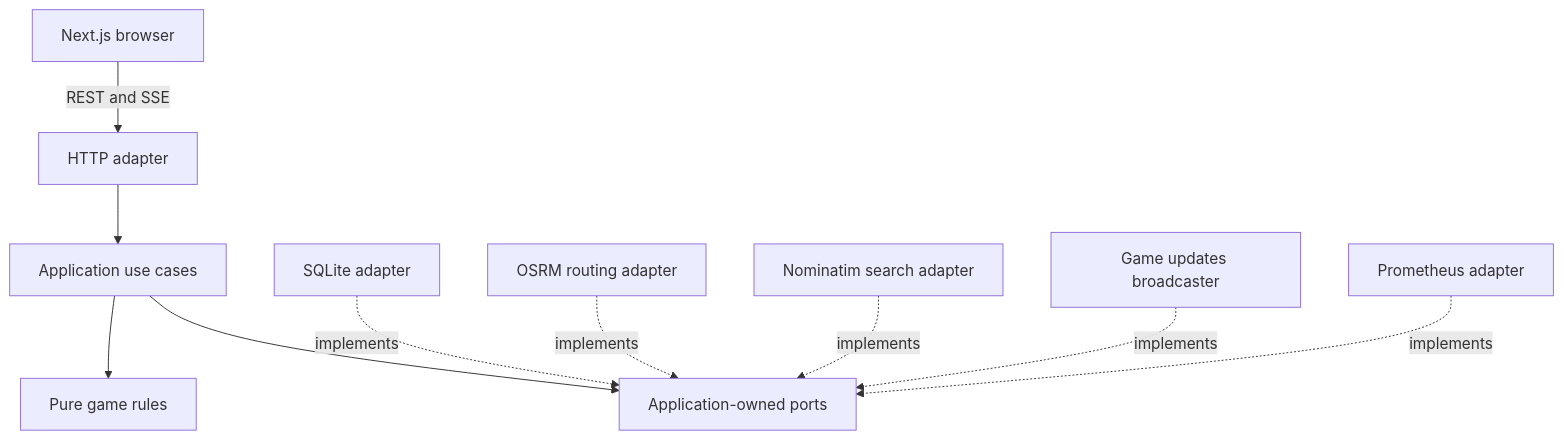
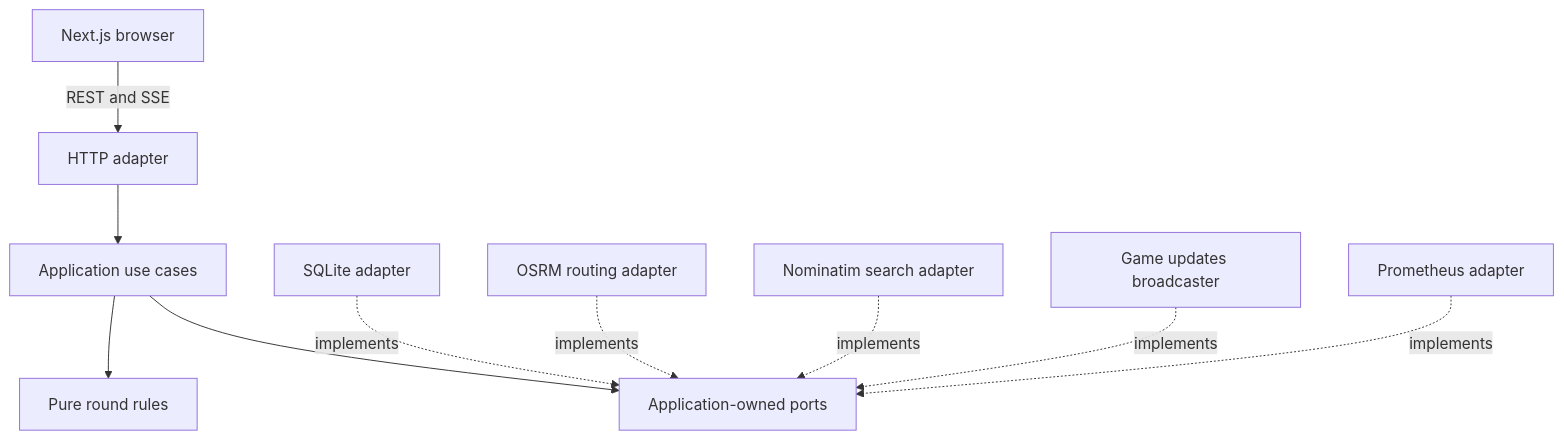
Before and after one commit to BenSuskins/pubgolf: the first of 3 diagrams in docs/ARCHITECTURE.md, drawn with Mermaid. The commit also changed other lines of this file and 48 other files, not shown here.

Commit message:
Name round and wildcard domain concepts

````diff
--- a/docs/ARCHITECTURE.md
+++ b/docs/ARCHITECTURE.md
@@ -13,12 +13,12 @@
 ```mermaid
 flowchart TD
     Browser[Next.js browser] -->|REST and SSE| HTTP[HTTP adapter]
     HTTP --> Application[Application use cases]
-    Application --> Domain[Pure game rules]
+    Application --> Domain[Pure round rules]
     Application --> Ports[Application-owned ports]
     SQLite[SQLite adapter] -. implements .-> Ports
     OSRM[OSRM routing adapter] -. implements .-> Ports
     Nominatim[Nominatim search adapter] -. implements .-> Ports
     Updates[Game updates broadcaster] -. implements .-> Ports
     Metrics[Prometheus adapter] -. implements .-> Ports
 ```
````
